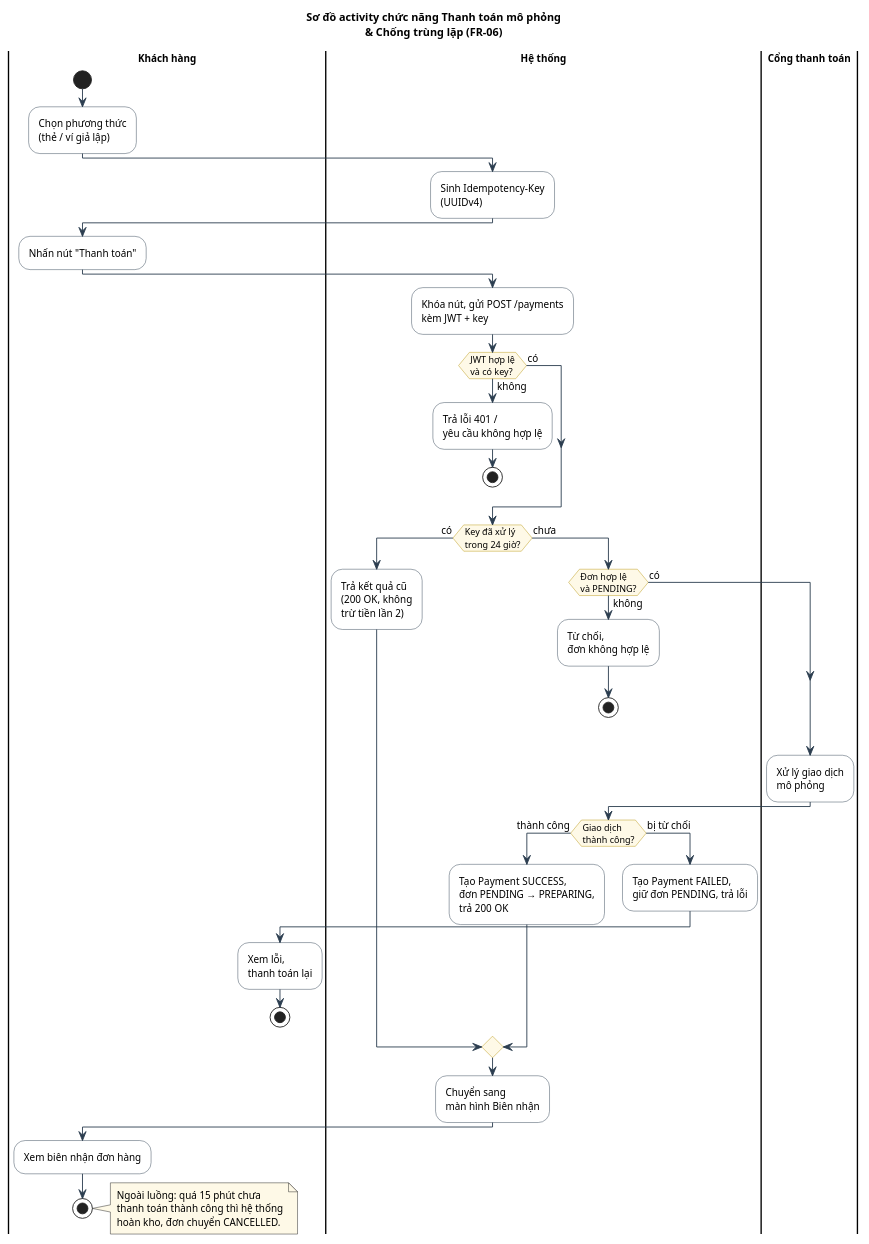
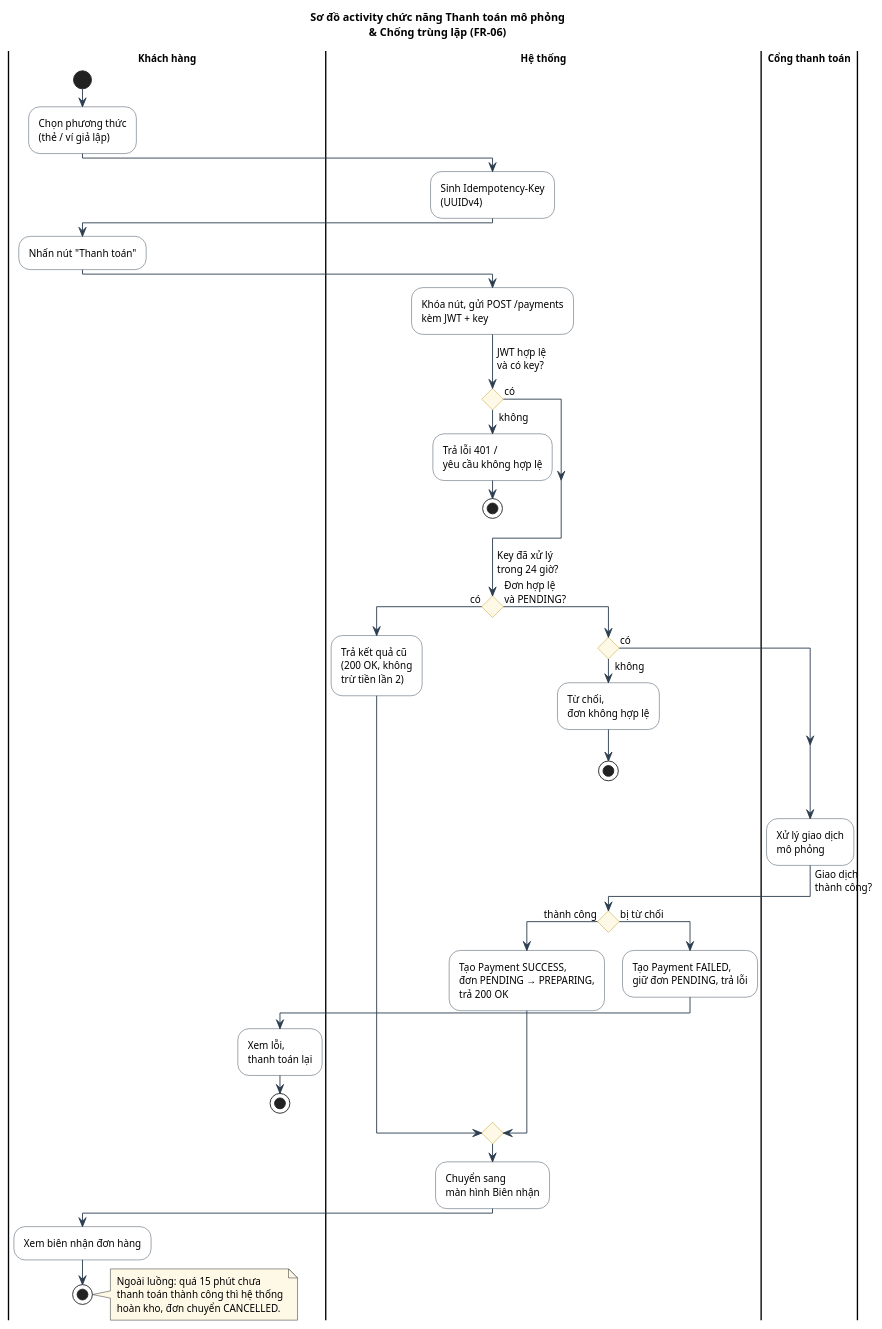
Before and after one commit to Phuc280106/BrewLite2: the diagram in docs/diagrams/payment/activity-payment.puml, drawn with PlantUML. The commit also changed 2 other files, not shown here.

Commit message:
docs(diagrams): hoàn thành usecase-payment.puml, activity-payment.puml, sequence-payment.puml và sequence-payment-timeout.puml cho chức năng 5

```diff
--- a/docs/diagrams/payment/activity-payment.puml
+++ b/docs/diagrams/payment/activity-payment.puml
@@ -1,73 +1,77 @@
 @startuml
 title Sơ đồ activity chức năng Thanh toán mô phỏng\n& Chống trùng lặp (FR-06)
 
 skinparam defaultFontSize 11
 skinparam titleFontSize 12
 skinparam Padding 1
+skinparam ConditionStyle diamond
 skinparam ConditionEndStyle diamond
 skinparam ActivityPadding 4
-skinparam ActivityDiamondFontSize 10
 skinparam ActivityBackgroundColor #FFFFFF
 skinparam ActivityBorderColor #2C3E50
 skinparam ArrowColor #2C3E50
 skinparam ActivityDiamondBackgroundColor #FEF9E7
 skinparam ActivityDiamondBorderColor #B7950B
 skinparam swimlaneTitleFontStyle bold
 skinparam NoteBackgroundColor #FEF9E7
 
 |Khách hàng|
 start
 :Chọn phương thức\n(thẻ / ví giả lập);
 
 |Hệ thống|
 :Sinh Idempotency-Key\n(UUIDv4);
 
 |Khách hàng|
 :Nhấn nút "Thanh toán";
 
 |Hệ thống|
 :Khóa nút, gửi POST /payments\nkèm JWT + key;
 
-if (JWT hợp lệ\nvà có key?) then (không)
+-> JWT hợp lệ\nvà có key?;
+if () then (không)
   :Trả lỗi 401 /\nyêu cầu không hợp lệ;
   stop
 else (có)
 endif
 
-if (Key đã xử lý\ntrong 24 giờ?) then (có)
+-> Key đã xử lý\ntrong 24 giờ?;
+if () then (có)
   :Trả kết quả cũ\n(200 OK, không\ntrừ tiền lần 2);
 else (chưa)
-  if (Đơn hợp lệ\nvà PENDING?) then (không)
+  -> Đơn hợp lệ\nvà PENDING?;
+  if () then (không)
     :Từ chối,\nđơn không hợp lệ;
     stop
   else (có)
   endif
 
   |Cổng thanh toán|
   :Xử lý giao dịch\nmô phỏng;
 
   |Hệ thống|
-  if (Giao dịch\nthành công?) then (thành công)
+  -> Giao dịch\nthành công?;
+  if () then (thành công)
     :Tạo Payment SUCCESS,\nđơn PENDING → PREPARING,\ntrả 200 OK;
   else (bị từ chối)
     :Tạo Payment FAILED,\ngiữ đơn PENDING, trả lỗi;
 
     |Khách hàng|
     :Xem lỗi,\nthanh toán lại;
     stop
   endif
 endif
 
 |Hệ thống|
 :Chuyển sang\nmàn hình Biên nhận;
 
 |Khách hàng|
 :Xem biên nhận đơn hàng;
 stop
 
 note right
   Ngoài luồng: quá 15 phút chưa
   thanh toán thành công thì hệ thống
   hoàn kho, đơn chuyển CANCELLED.
 end note
 @enduml
```
